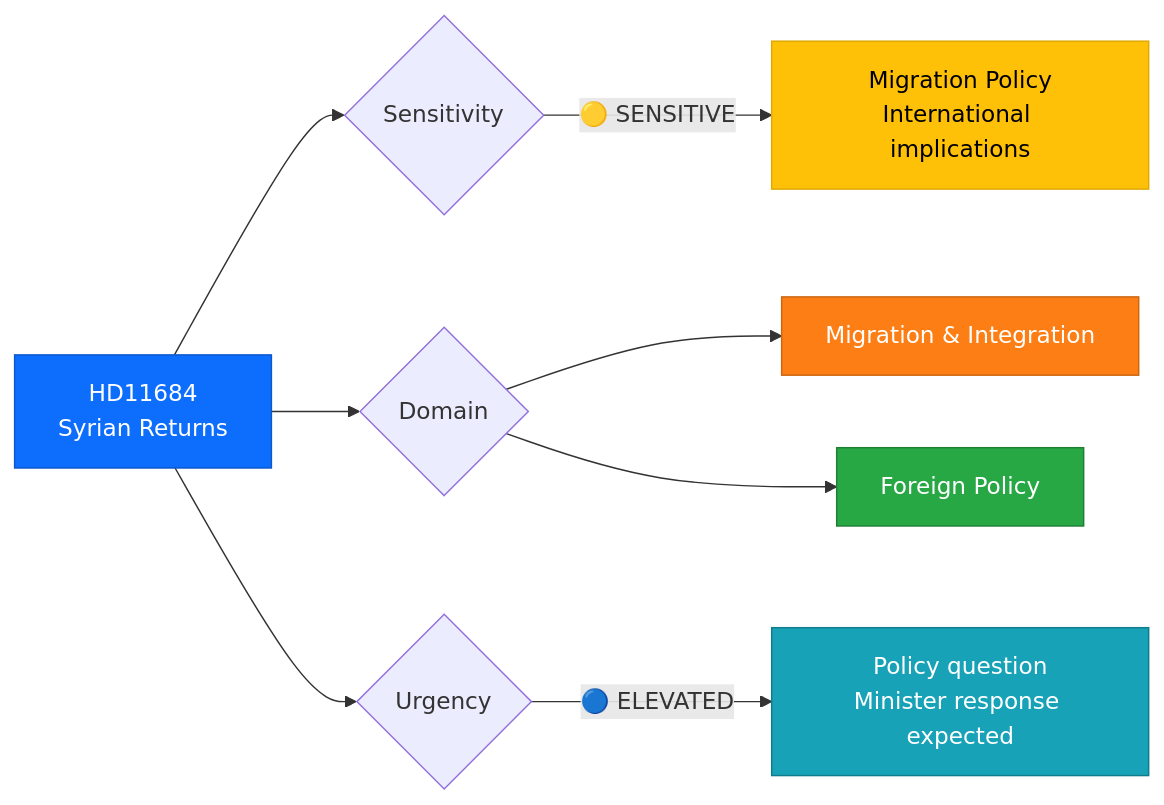
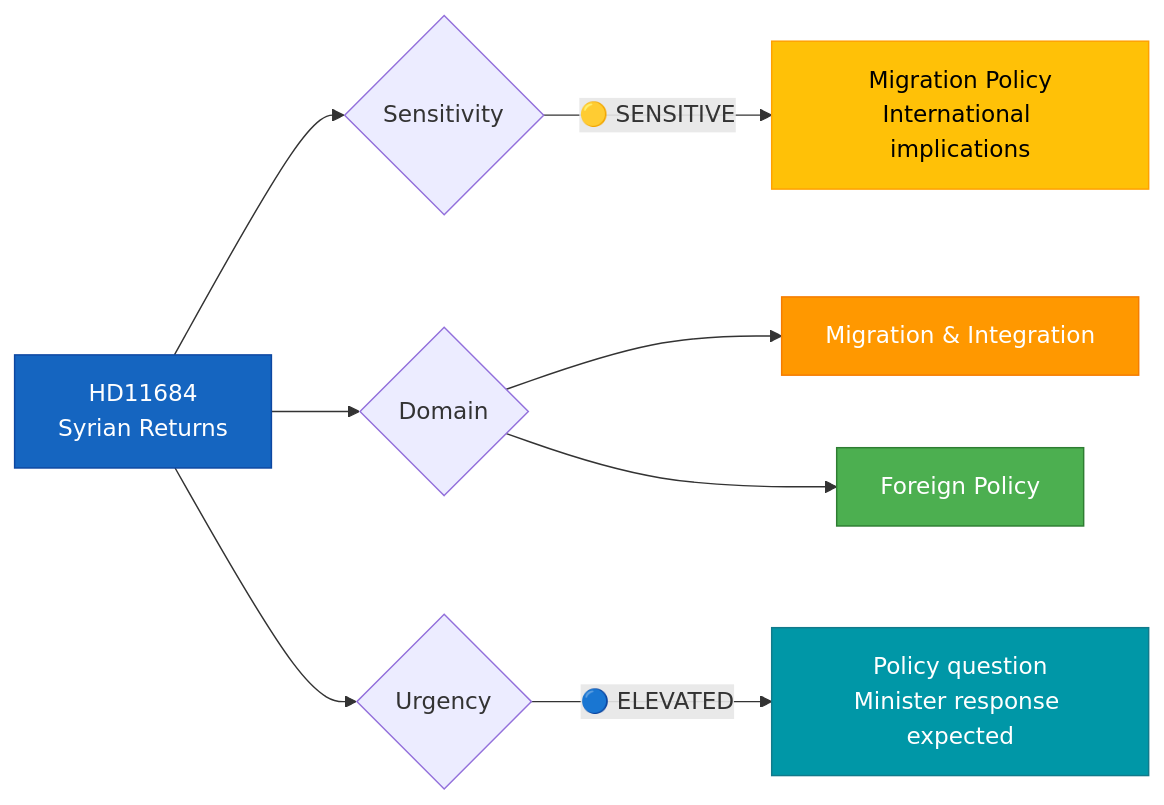
The diagram in analysis/daily/2026-04-07/realtime-1026/documents/hd11684-analysis.md (Hack23/riksdagsmonitor), drawn with Mermaid before and after one commit. The commit also changed 785 other files, not shown here.

First line of the commit message:
Normalize mermaid colors across 786 analysis artifacts to ISMS Style Guide palette

````diff
--- a/analysis/daily/2026-04-07/realtime-1026/documents/hd11684-analysis.md
+++ b/analysis/daily/2026-04-07/realtime-1026/documents/hd11684-analysis.md
@@ -26,18 +26,18 @@
 ```mermaid
 graph LR
     A["HD11684<br/>Syrian Returns"] --> B{Sensitivity}
     B -->|"🟡 SENSITIVE"| C["Migration Policy<br/>International implications"]
 
     A --> G{Domain}
     G --> H["Migration & Integration"]
     G --> I["Foreign Policy"]
 
     A --> K{Urgency}
     K -->|"🔵 ELEVATED"| L["Policy question<br/>Minister response expected"]
 
-    style A fill:#0d6efd,stroke:#0a58ca,color:#fff
-    style C fill:#ffc107,stroke:#e0a800,color:#000
-    style H fill:#fd7e14,stroke:#ca6510,color:#fff
-    style I fill:#28a745,stroke:#1e7e34,color:#fff
-    style L fill:#17a2b8,stroke:#117a8b,color:#fff
+    style A fill:#1565C0,stroke:#0D47A1,color:#FFFFFF
+    style C fill:#FFC107,stroke:#FFA000,color:#000000
+    style H fill:#FF9800,stroke:#F57C00,color:#FFFFFF
+    style I fill:#4CAF50,stroke:#2E7D32,color:#FFFFFF
+    style L fill:#0097A7,stroke:#117a8b,color:#FFFFFF
 ```
````
